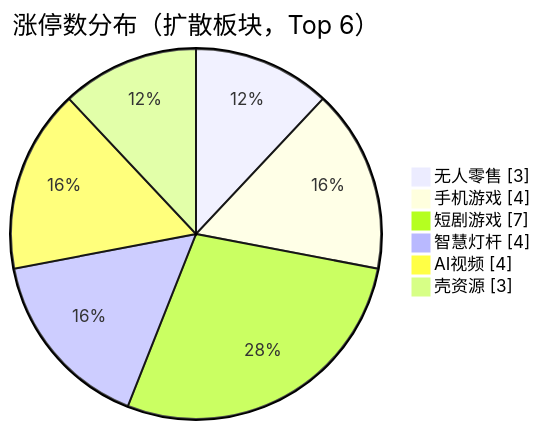
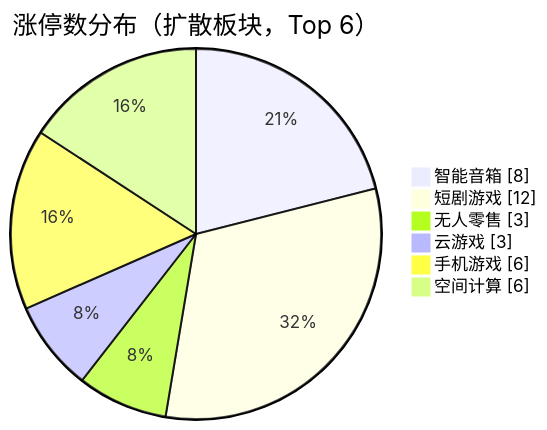
One commit to chenyang1999/chzl-kg changed the first of 3 diagrams in content/投研交易/盘中分析/20261110.md. Above: the diagram before and after it, drawn with Mermaid. The commit also changed other lines of this file, not shown here.

````diff
--- a/content/投研交易/盘中分析/20261110.md
+++ b/content/投研交易/盘中分析/20261110.md
@@ -30,10 +30,10 @@
 ```mermaid
 pie showData
     title 涨停数分布（扩散板块，Top 6）
+    "智能音箱" : 8
+    "短剧游戏" : 12
     "无人零售" : 3
-    "手机游戏" : 4
-    "短剧游戏" : 7
-    "智慧灯杆" : 4
-    "AI视频" : 4
-    "壳资源" : 3
+    "云游戏" : 3
+    "手机游戏" : 6
+    "空间计算" : 6
 ```
````
